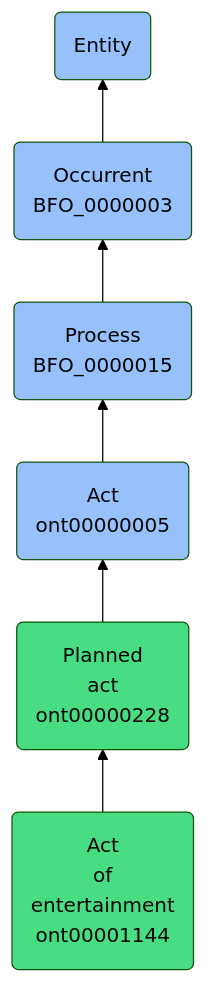
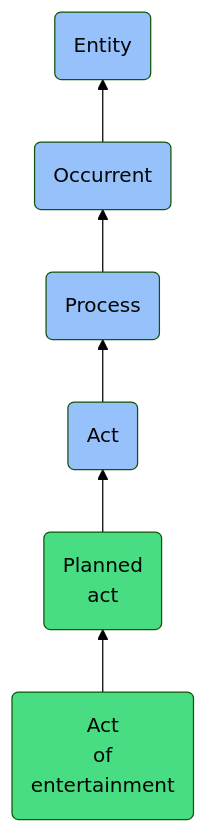
The diagram in docs/ontology/reference/model/Entity/Occurrent/Process/Act/Planned act/Act of entertainment/Act of entertainment.md (jupyter-naas/abi), drawn with Mermaid (forest theme) before and after one commit. The commit also changed other lines of this file and 1430 other files, not shown here.

````diff
--- a/docs/ontology/reference/model/Entity/Occurrent/Process/Act/Planned act/Act of entertainment/Act of entertainment.md
+++ b/docs/ontology/reference/model/Entity/Occurrent/Process/Act/Planned act/Act of entertainment/Act of entertainment.md
@@ -24,13 +24,13 @@
 ```mermaid
 graph BT
-    ont00001144(Act<br>of<br>entertainment<br>ont00001144):::ABI-->ont00000228
-    ont00000228(Planned<br>act<br>ont00000228):::ABI-->ont00000005
-    ont00000005(Act<br>ont00000005):::BFO-->BFO_0000015
-    BFO_0000015(Process<br>BFO_0000015):::BFO-->BFO_0000003
-    BFO_0000003(Occurrent<br>BFO_0000003):::BFO-->BFO_0000001
+    ont00001144(Act<br>of<br>entertainment):::ABI-->ont00000228
+    ont00000228(Planned<br>act):::ABI-->ont00000005
+    ont00000005(Act):::BFO-->BFO_0000015
+    BFO_0000015(Process):::BFO-->BFO_0000003
+    BFO_0000003(Occurrent):::BFO-->BFO_0000001
     BFO_0000001(Entity):::BFO
     
     classDef BFO fill:#97c1fb,color:#060606
     classDef CCO fill:#e4c51e,color:#060606
     classDef ABI fill:#48DD82,color:#060606
 ```
````
